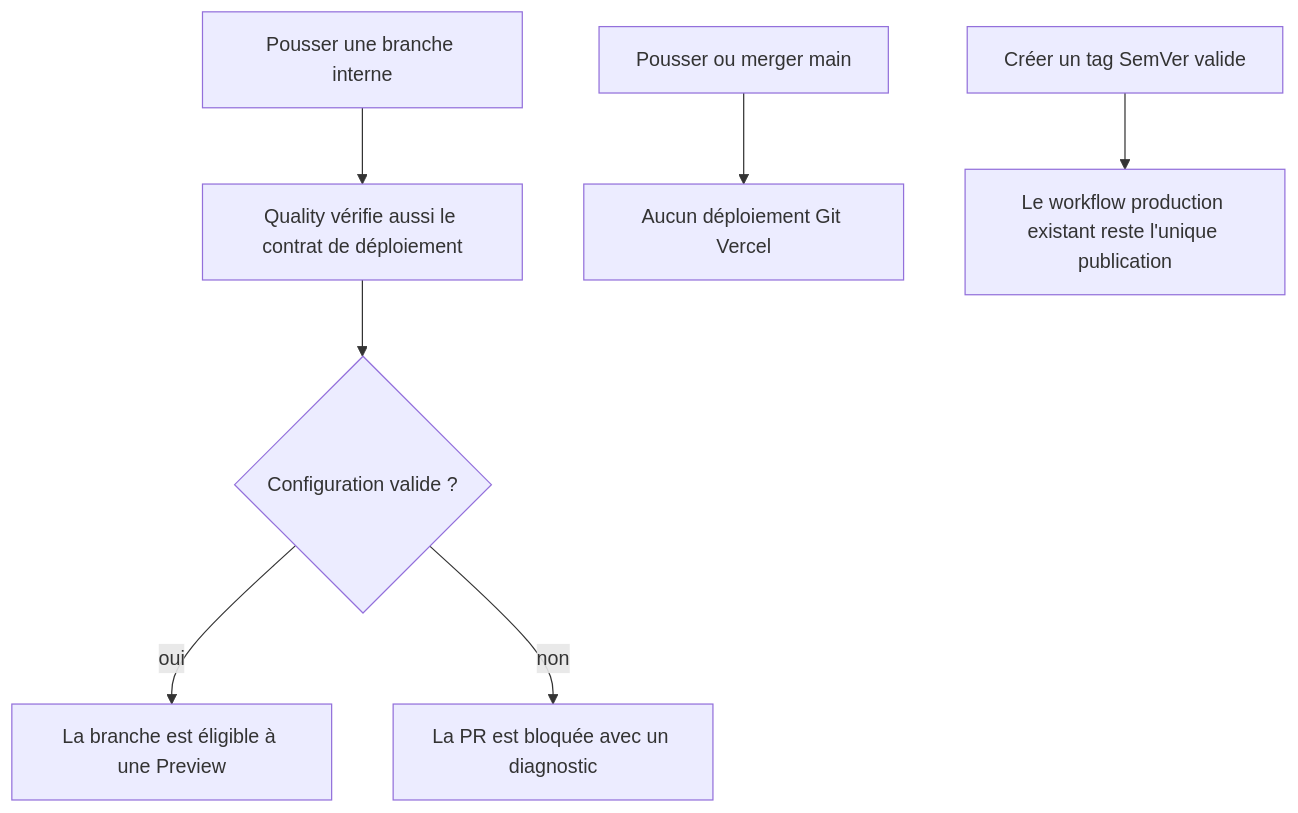
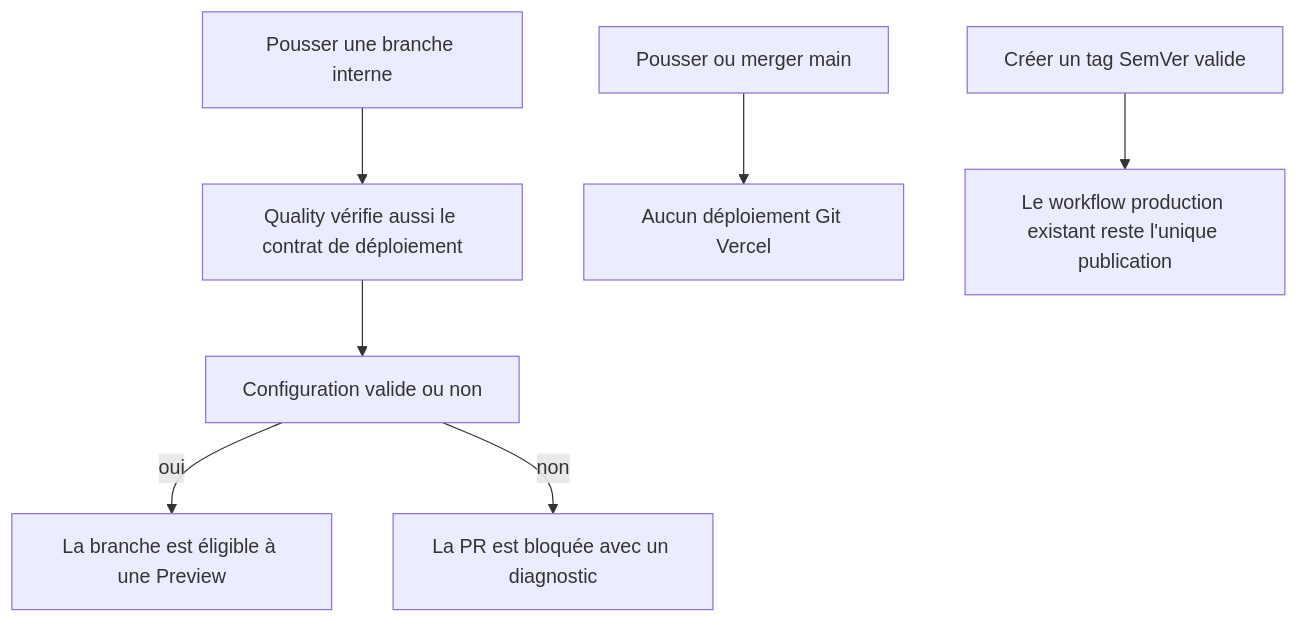
Before and after one commit to neogenz/screenforge: the first of 2 diagrams in aidd_docs/tasks/2026_08/2026_08_16_vercel-pr-previews/phase-1.md, drawn with Mermaid. The commit also changed other lines of this file and 139 other files, not shown here.

````diff
--- a/aidd_docs/tasks/2026_08/2026_08_16_vercel-pr-previews/phase-1.md
+++ b/aidd_docs/tasks/2026_08/2026_08_16_vercel-pr-previews/phase-1.md
@@ -23,9 +23,9 @@
 ```mermaid
 flowchart TD
   A["Pousser une branche interne"] --> B["Quality vérifie aussi le contrat de déploiement"]
-  B --> C{"Configuration valide ?"}
+  B --> C["Configuration valide ou non"]
   C -->|"oui"| D["La branche est éligible à une Preview"]
   C -->|"non"| E["La PR est bloquée avec un diagnostic"]
   F["Pousser ou merger main"] --> G["Aucun déploiement Git Vercel"]
   H["Créer un tag SemVer valide"] --> I["Le workflow production existant reste l'unique publication"]
 ```
````
